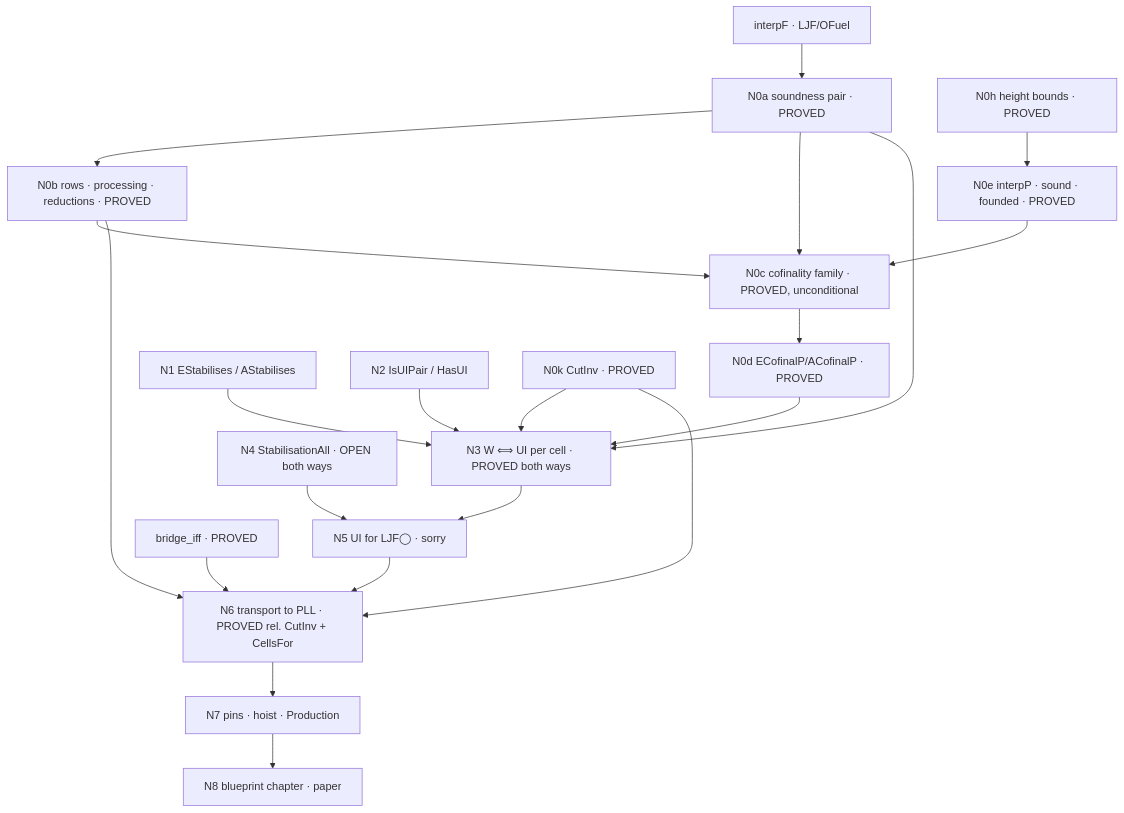
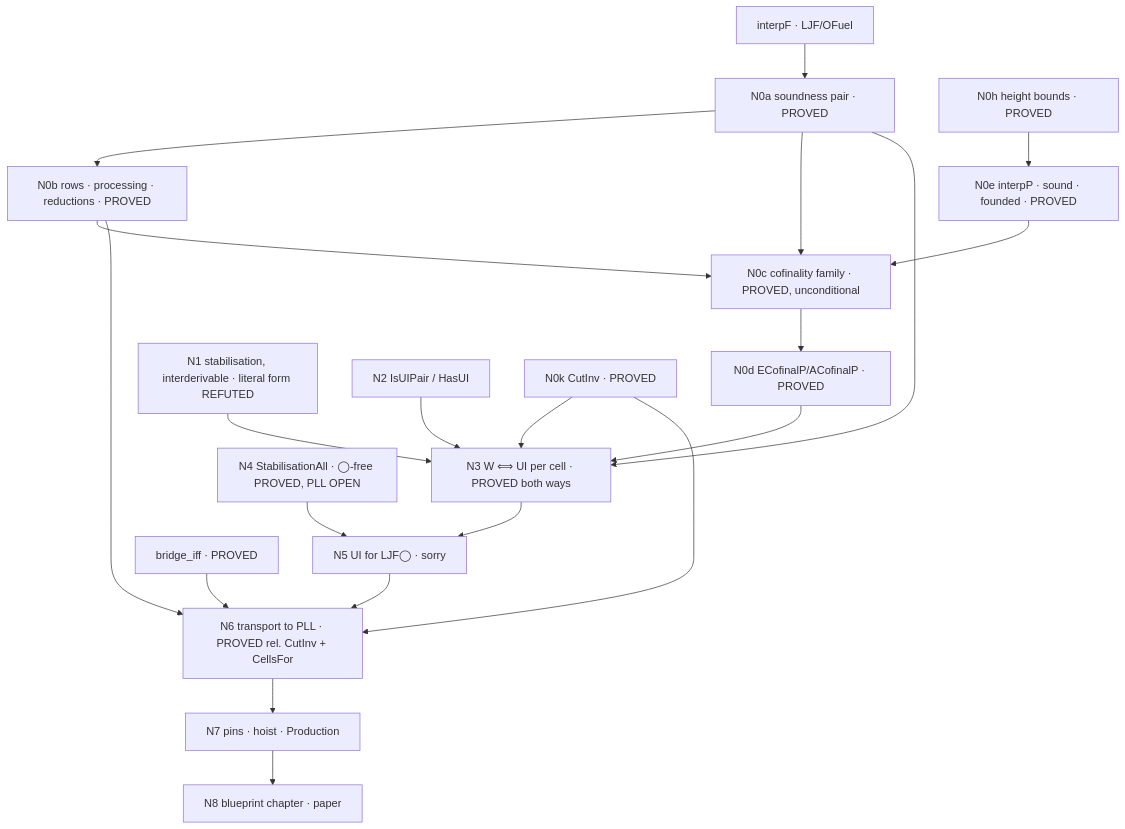
The diagram in docs/ui-routeB-blueprint.md (fairflow/lax-logic-in-lean), drawn with Mermaid before and after one commit. The commit also changed other lines of this file and 2 other files, not shown here.

First line of the commit message:
docs(ui): §4.23 — N4 on ◯-free stations: literal N1 REFUTED (six designed cells), N3 forward interderivable through cutInv, the ◯-free instance PROVED by transport from uniform_interpolation_IPC, the bounded form OPEN; blueprint N1/N3/N4, WP7 done, WP4 next

````diff
--- a/docs/ui-routeB-blueprint.md
+++ b/docs/ui-routeB-blueprint.md
@@ -81,23 +81,23 @@
 ```mermaid
 graph TD
   interpF[interpF · LJF/OFuel] --> N0a[N0a soundness pair · PROVED]
   N0a --> N0b[N0b rows · processing · reductions · PROVED]
   N0b --> N0c[N0c cofinality family · PROVED, unconditional]
   N0a --> N0c
   H[N0h height bounds · PROVED] --> N0e[N0e interpP · sound · founded · PROVED]
   N0e --> N0c
   N0c --> N0d[N0d ECofinalP/ACofinalP · PROVED]
-  N1[N1 EStabilises / AStabilises] --> N3
+  N1[N1 stabilisation, interderivable · literal form REFUTED] --> N3
   N2[N2 IsUIPair / HasUI] --> N3
   N0a --> N3[N3 W ⟺ UI per cell · PROVED both ways]
   K[N0k CutInv · PROVED] --> N3
   K --> N6
   N0d --> N3
-  N4[N4 StabilisationAll · OPEN both ways] --> N5[N5 UI for LJF◯ · sorry]
+  N4[N4 StabilisationAll · ◯-free PROVED, PLL OPEN] --> N5[N5 UI for LJF◯ · sorry]
   N3 --> N5
   N5 --> N6[N6 transport to PLL · PROVED rel. CutInv + CellsFor]
   B[bridge_iff · PROVED] --> N6
   N0b --> N6
   N6 --> N7[N7 pins · hoist · Production]
   N7 --> N8[N8 blueprint chapter · paper]
 ```
````
